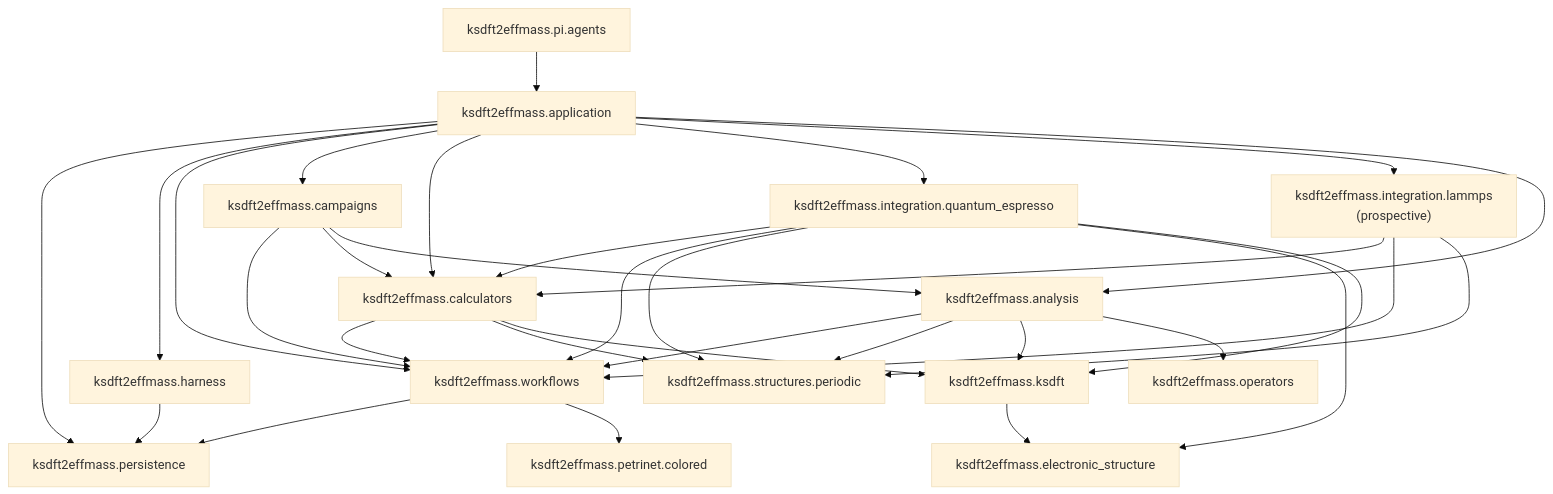
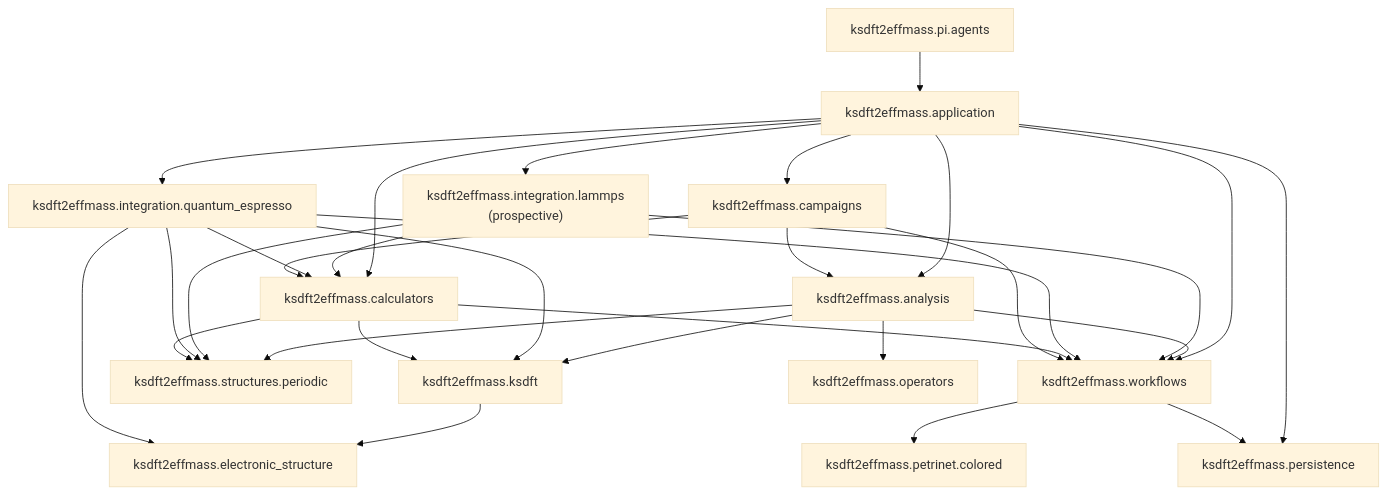
The diagram in docs/architecture/v2/repository-layout.md (eragasa/ksdft2effmass), drawn with Mermaid (base theme) before and after one commit. The commit also changed other lines of this file and 1198 other files, not shown here.

Commit message:
refactor: remove repository harness and legacy architecture

````diff
--- a/docs/architecture/v2/repository-layout.md
+++ b/docs/architecture/v2/repository-layout.md
@@ -116,36 +113,34 @@
 ```mermaid
 flowchart TD
     persistence["ksdft2effmass.persistence"]
     campaigns["ksdft2effmass.campaigns"] --> workflows["ksdft2effmass.workflows"]
     campaigns --> calculators["ksdft2effmass.calculators"]
     campaigns --> analysis["ksdft2effmass.analysis"]
-    harness["ksdft2effmass.harness"] --> persistence
     workflows --> persistence
     workflows --> petrinet["ksdft2effmass.petrinet.colored"]
     calculators --> workflows
     calculators --> structures["ksdft2effmass.structures.periodic"]
     calculators --> ksdft["ksdft2effmass.ksdft"]
     qe_integration["ksdft2effmass.integration.quantum_espresso"] --> calculators
     qe_integration --> workflows
     qe_integration --> structures
     qe_integration --> sampling["ksdft2effmass.electronic_structure"]
     qe_integration --> ksdft
     lammps_integration["ksdft2effmass.integration.lammps<br/>(prospective)"] --> calculators
     lammps_integration --> workflows
     lammps_integration --> structures
     pi_agents["ksdft2effmass.pi.agents"] --> composition
     operators["ksdft2effmass.operators"]
     analysis --> workflows
     analysis --> structures
     analysis --> ksdft
     ksdft --> sampling
     analysis --> operators
     composition["ksdft2effmass.application"] --> persistence
-    composition --> harness
     composition --> workflows
     composition --> campaigns
     composition --> calculators
     composition --> qe_integration
     composition --> lammps_integration
     composition --> analysis
 ```
````
